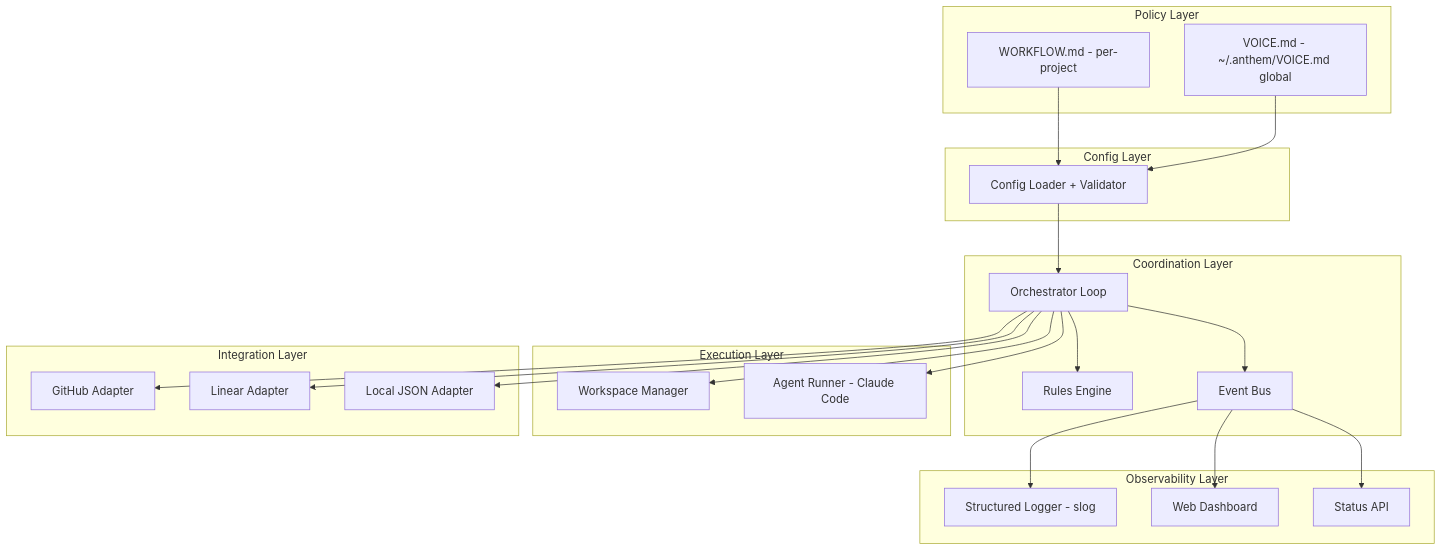
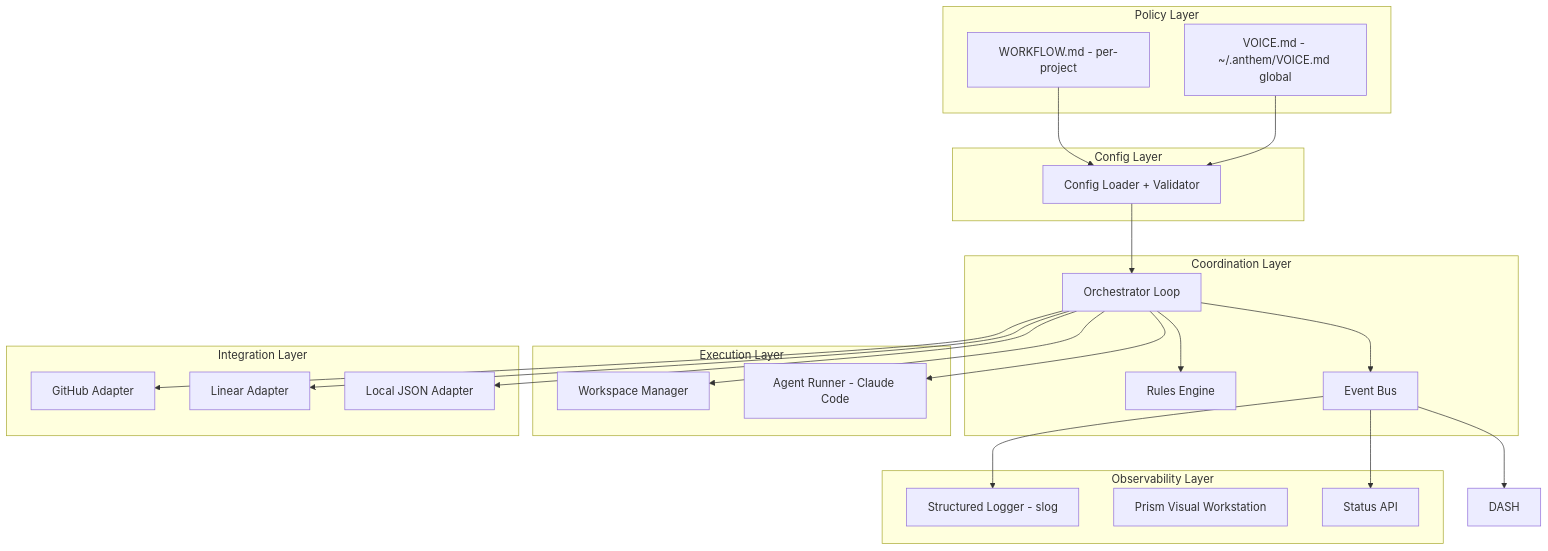
Before and after one commit to rauriemo/anthem: the first of 3 diagrams in docs/plans/architecture.md, drawn with Mermaid. The commit also changed other lines of this file and 3 other files, not shown here.

First line of the commit message:
docs: replace dashboard references with Prism, update Phase 4 to complete in README

````diff
--- a/docs/plans/architecture.md
+++ b/docs/plans/architecture.md
@@ -34,43 +34,43 @@
 ```mermaid
 graph TD
   subgraph policy [Policy Layer]
     WF["WORKFLOW.md - per-project"]
     VOICE["VOICE.md - ~/.anthem/VOICE.md global"]
   end
   subgraph config [Config Layer]
     CFG["Config Loader + Validator"]
   end
   subgraph coordination [Coordination Layer]
     ORCH["Orchestrator Loop"]
     RULES["Rules Engine"]
     EVENTS["Event Bus"]
   end
   subgraph execution [Execution Layer]
     WS["Workspace Manager"]
     AGENT["Agent Runner - Claude Code"]
   end
   subgraph integration [Integration Layer]
     GH["GitHub Adapter"]
     LIN["Linear Adapter"]
     JSON["Local JSON Adapter"]
   end
   subgraph observability [Observability Layer]
     LOG["Structured Logger - slog"]
-    DASH["Web Dashboard"]
+    PRISM["Prism Visual Workstation"]
     API["Status API"]
   end
 
   WF --> CFG
   VOICE --> CFG
   CFG --> ORCH
   ORCH --> RULES
   ORCH --> WS
   ORCH --> AGENT
   ORCH --> GH
   ORCH --> LIN
   ORCH --> JSON
   ORCH --> EVENTS
   EVENTS --> LOG
   EVENTS --> DASH
   EVENTS --> API
 ```
````
